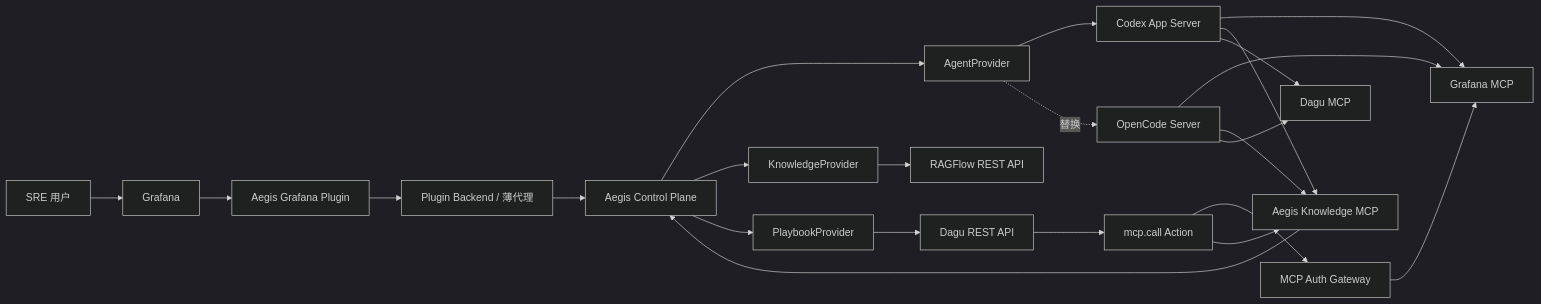
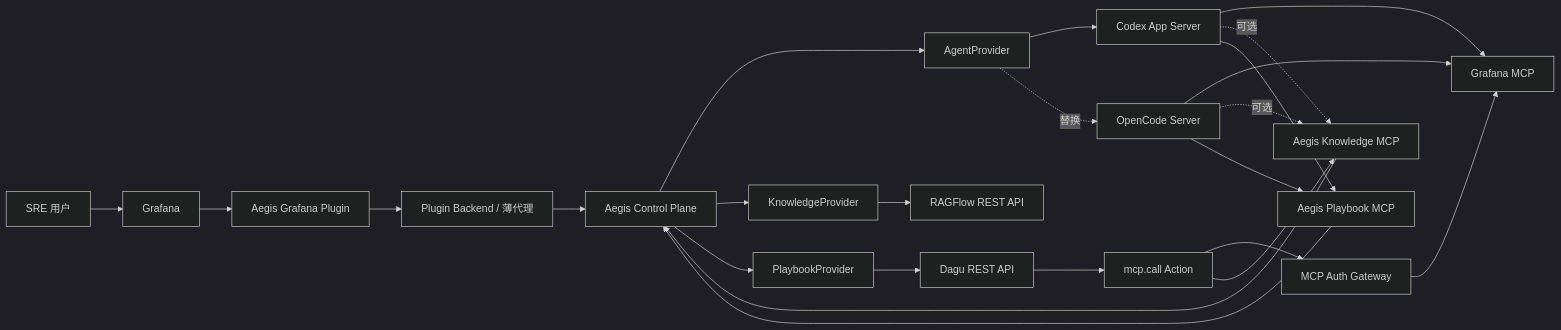
Before and after one commit to ChaonanShen/aegis-sre: the diagram in docs/architecture.md, drawn with Mermaid (dark theme). The commit also changed other lines of this file and 1 other file, not shown here.

Commit message:
docs: freeze disabled knowledge and playbook MCP

````diff
--- a/docs/architecture.md
+++ b/docs/architecture.md
@@ -18,29 +18,30 @@
 ```mermaid
 flowchart LR
     User["SRE 用户"] --> Grafana["Grafana"]
     Grafana --> Plugin["Aegis Grafana Plugin"]
     Plugin --> BFF["Plugin Backend / 薄代理"]
     BFF --> CP["Aegis Control Plane"]
 
     CP --> AgentPort["AgentProvider"]
     CP --> KnowledgePort["KnowledgeProvider"]
     CP --> PlaybookPort["PlaybookProvider"]
 
     AgentPort --> Codex["Codex App Server"]
     AgentPort -. "替换" .-> OpenCode["OpenCode Server"]
     KnowledgePort --> RAGFlow["RAGFlow REST API"]
     PlaybookPort --> Dagu["Dagu REST API"]
 
     Codex --> GrafanaMCP["Grafana MCP"]
-    Codex --> KnowledgeMCP["Aegis Knowledge MCP"]
-    Codex --> DaguMCP["Dagu MCP"]
+    Codex -. "可选" .-> KnowledgeMCP["Aegis Knowledge MCP"]
+    Codex --> DaguMCP["Aegis Playbook MCP"]
     OpenCode --> GrafanaMCP
-    OpenCode --> KnowledgeMCP
+    OpenCode -. "可选" .-> KnowledgeMCP
     OpenCode --> DaguMCP
 
     KnowledgeMCP --> CP
+    DaguMCP --> CP
     Dagu --> MCPCall["mcp.call Action"]
     MCPCall --> MCPGateway["MCP Auth Gateway"]
     MCPGateway --> GrafanaMCP
     MCPCall --> KnowledgeMCP
 ```
````
